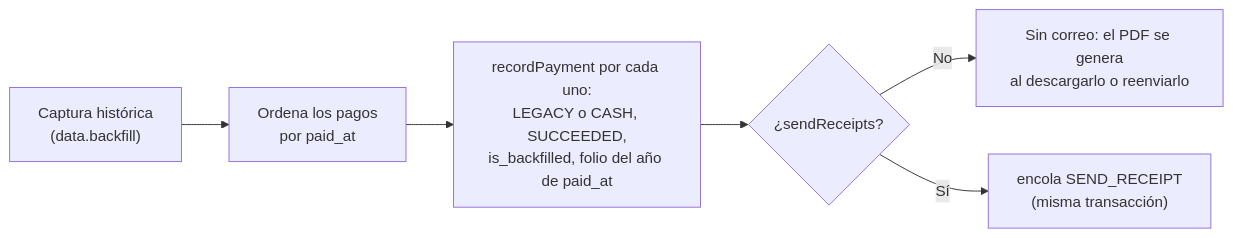
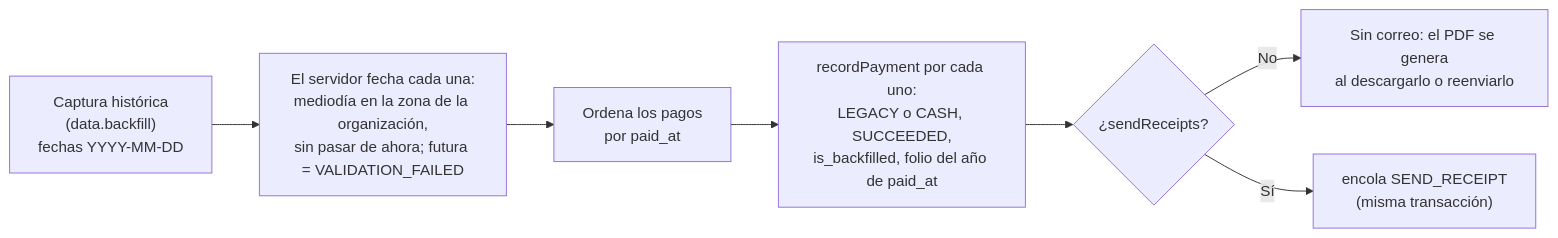
One commit to erickgs2/ruta_mochilera changed the fourth of 10 diagrams in docs/diagrams/payment-flow.md. Above: the diagram before and after it, drawn with Mermaid. The commit also changed 13 other files, not shown here.

````diff
--- a/docs/diagrams/payment-flow.md
+++ b/docs/diagrams/payment-flow.md
@@ -112,8 +112,9 @@
 ```mermaid
 flowchart LR
-    A["Captura histórica<br/>(data.backfill)"] --> B["Ordena los pagos<br/>por paid_at"]
+    A["Captura histórica<br/>(data.backfill)<br/>fechas YYYY-MM-DD"] --> A2["El servidor fecha cada una:<br/>mediodía en la zona de la organización,<br/>sin pasar de ahora; futura = VALIDATION_FAILED"]
+    A2 --> B["Ordena los pagos<br/>por paid_at"]
     B --> C["recordPayment por cada uno:<br/>LEGACY o CASH, SUCCEEDED,<br/>is_backfilled, folio del año de paid_at"]
     C --> D{"¿sendReceipts?"}
     D -- No --> E["Sin correo: el PDF se genera<br/>al descargarlo o reenviarlo"]
     D -- Sí --> F["encola SEND_RECEIPT<br/>(misma transacción)"]
 ```
````
